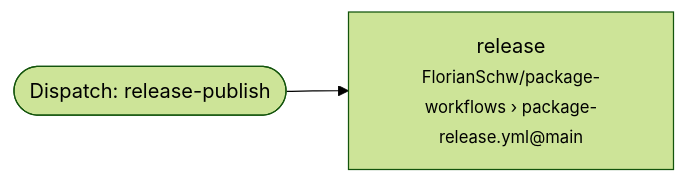
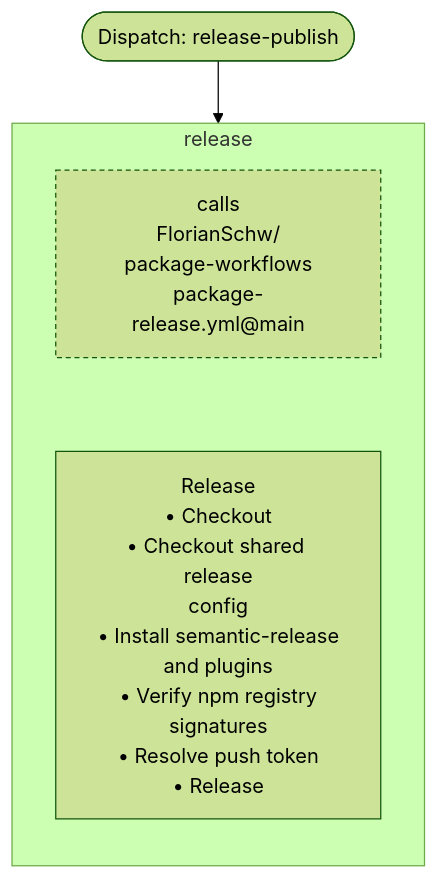
Before and after one commit to nfdi4health/dsSupportClient: diagram 11 of 15 in .github/workflow-graphs/README.md, drawn with Mermaid (forest theme). The commit also changed other lines of this file, not shown here.

Commit message:
docs: update workflow diagrams

````diff
--- a/.github/workflow-graphs/README.md
+++ b/.github/workflow-graphs/README.md
@@ -120,6 +259,12 @@
 ```mermaid
-flowchart LR
+flowchart TD
   start(["Dispatch: release-publish"])
-  job_release["release<br/><small>FlorianSchw/package-workflows › package-release.yml@main</small>"]
+  subgraph job_release ["release"]
+    direction TB
+    job_release__ref["calls<br/>FlorianSchw/<br/>package-workflows<br/>package-release.yml@main"]:::refnote
+    job_release__release["Release<br/>• Checkout<br/>• Checkout shared release<br/>config<br/>• Install semantic-release<br/>and plugins<br/>• Verify npm registry<br/>signatures<br/>• Resolve push token<br/>• Release"]
+    job_release__ref ~~~ job_release__release
+  end
   start --> job_release
+  classDef refnote stroke-dasharray: 4 3
 ```
````
